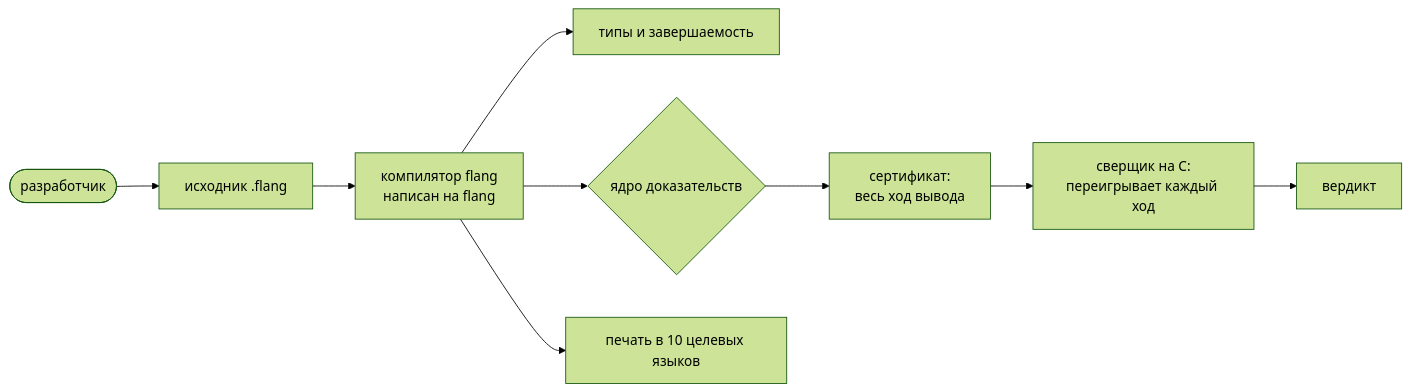
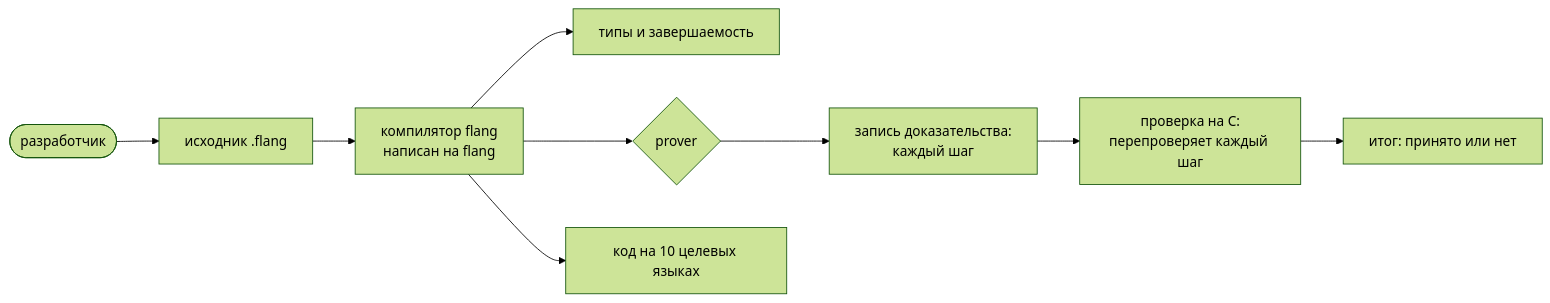
Before and after one commit to MyWWWChat/flang: the diagram in docs/site/index.ru.md, drawn with Mermaid (forest theme). The commit also changed other lines of this file and 1 other file, not shown here.

````diff
--- a/docs/site/index.ru.md
+++ b/docs/site/index.ru.md
@@ -20,13 +25,13 @@
 ```mermaid Кто кого проверяет
 flowchart LR
   R([разработчик]) --> S[исходник .flang]
   S --> K[компилятор flang<br>написан на flang]
   K --> T[типы и завершаемость]
-  K --> Y{ядро доказательств}
-  Y --> C[сертификат:<br>весь ход вывода]
-  C --> V[сверщик на C:<br>переигрывает каждый ход]
-  V --> W[вердикт]
-  K --> P[печать в 10 целевых языков]
+  K --> Y{prover}
+  Y --> C[запись доказательства:<br>каждый шаг]
+  C --> V[проверка на C:<br>перепроверяет каждый шаг]
+  V --> W[итог: принято или нет]
+  K --> P[код на 10 целевых языках]
   class Y glavnoe
   class W vyvod
 ```
````
